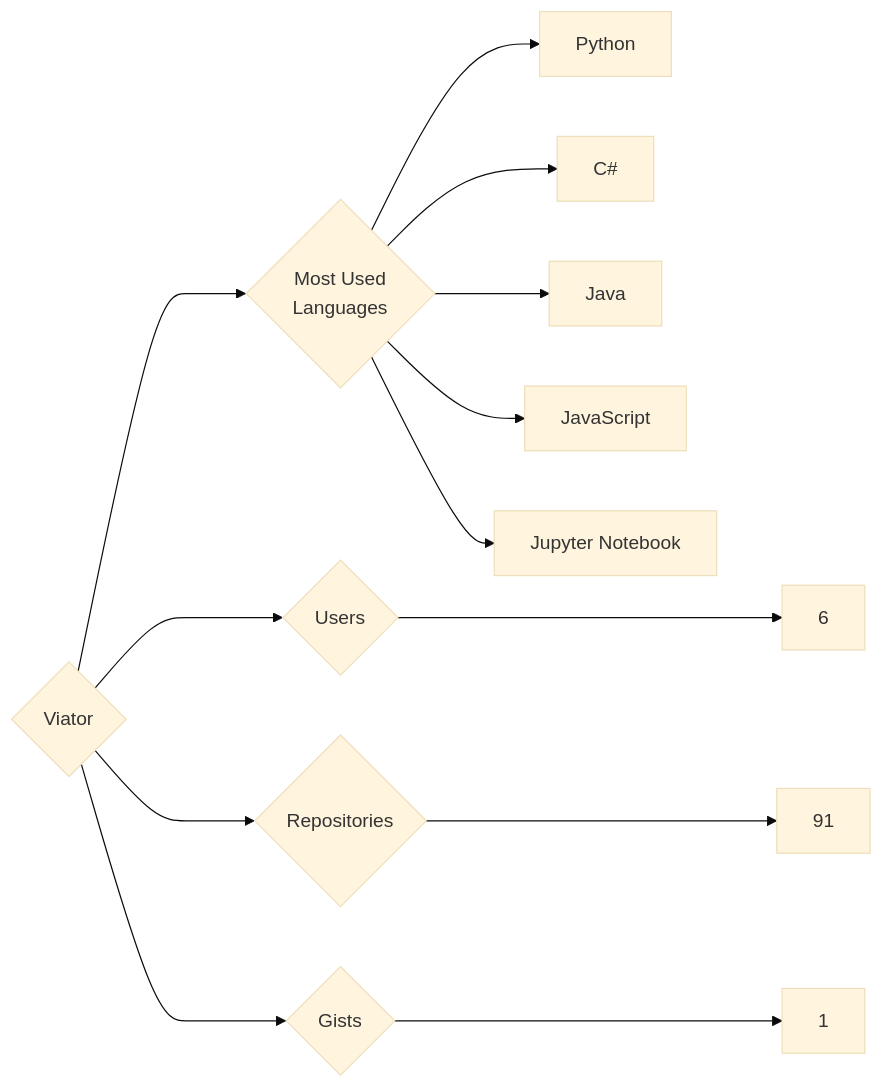
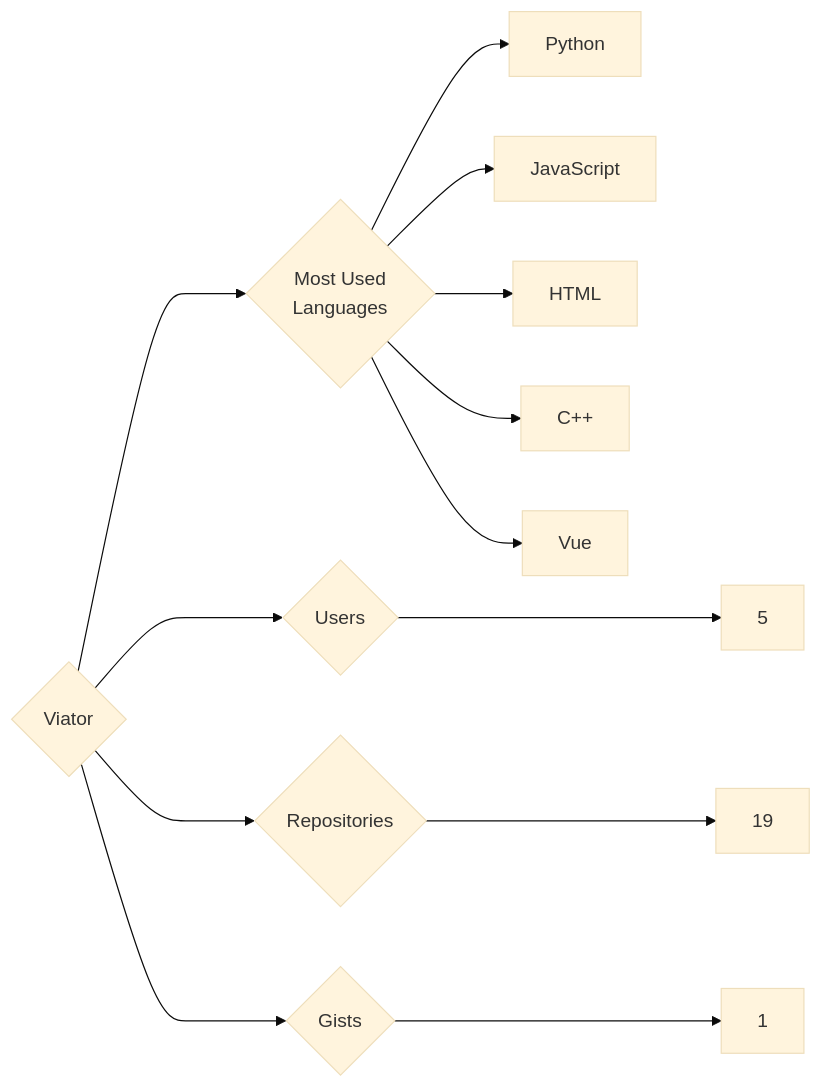
One commit to trickest/insiders changed the diagram in targets/Viator/README.md. Above: the diagram before and after it, drawn with Mermaid (base theme). The commit also changed 823 other files, not shown here.

````diff
--- a/targets/Viator/README.md
+++ b/targets/Viator/README.md
@@ -3,13 +3,13 @@
 ```mermaid
 graph LR
 COMPANY_NAME{Viator}
-COMPANY_NAME ---> U{Users} ---> UN[6]
-COMPANY_NAME ---> R{Repositories} ---> RN[91]
+COMPANY_NAME ---> U{Users} ---> UN[5]
+COMPANY_NAME ---> R{Repositories} ---> RN[19]
 COMPANY_NAME ---> G{Gists} ---> GN[1]
 COMPANY_NAME ---> ML{Most Used<br>Languages}
 ML --> Python[Python]
-ML --> C#[C#]
-ML --> Java[Java]
 ML --> JavaScript[JavaScript]
-ML --> Jupyter_Notebook[Jupyter Notebook]
+ML --> HTML[HTML]
+ML --> C++[C++]
+ML --> Vue[Vue]
 ```
````
